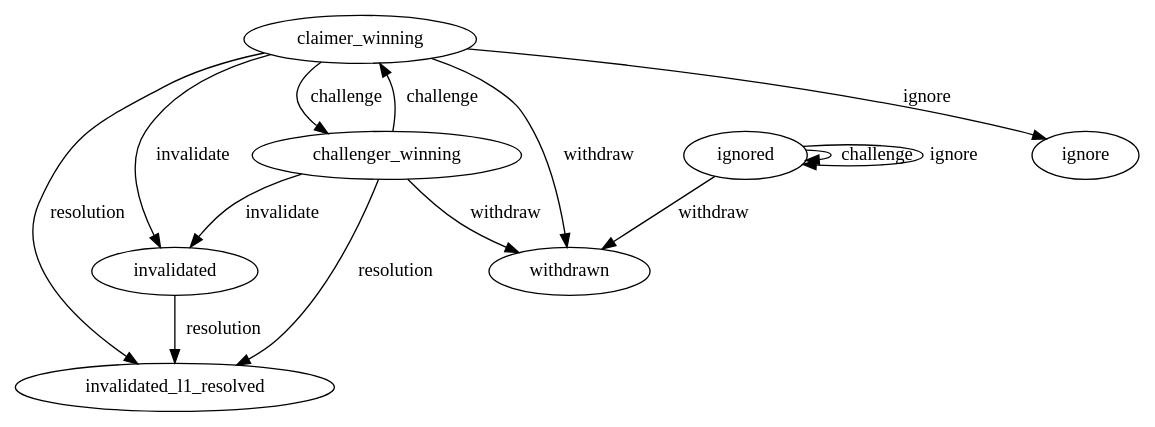
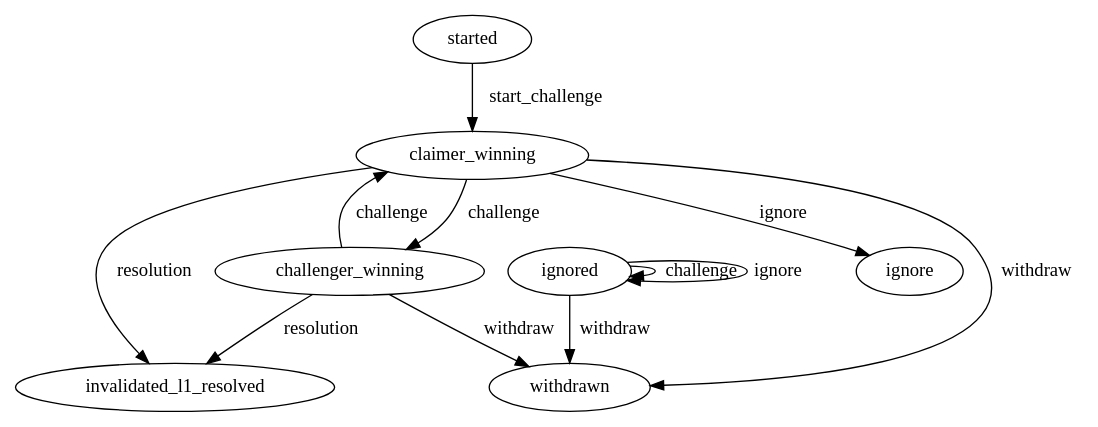
Before and after one commit to beamer-bridge/beamer: the diagram in docs/source/claim_state_machine.dot, drawn with Graphviz.

Commit message:
docs: Update claim state machine

```diff
--- a/docs/source/claim_state_machine.dot
+++ b/docs/source/claim_state_machine.dot
@@ -1,21 +1,19 @@
 digraph claim_state_machine {
-    node [] claimer_winning, challenger_winning, invalidated, invalidated_l1_resolved, ignored, withdrawn;
+    node [] started, claimer_winning, challenger_winning, invalidated_l1_resolved, ignored, withdrawn;
+
+    started -> claimer_winning [label = start_challenge];
 
     claimer_winning -> challenger_winning [label = challenge];
     challenger_winning -> claimer_winning [label = challenge];
     ignored -> ignored [label = challenge];
 
-    claimer_winning -> invalidated [label = invalidate];
-    challenger_winning -> invalidated [label = invalidate];
-
     claimer_winning -> invalidated_l1_resolved [label = resolution];
     challenger_winning -> invalidated_l1_resolved [label = resolution];
-    invalidated -> invalidated_l1_resolved [label = resolution];
 
     claimer_winning -> withdrawn [label = withdraw];
     challenger_winning -> withdrawn [label = withdraw];
     ignored -> withdrawn [label = withdraw];
 
     claimer_winning -> ignore [label = ignore];
     ignored -> ignored [label = ignore];
 }
```
